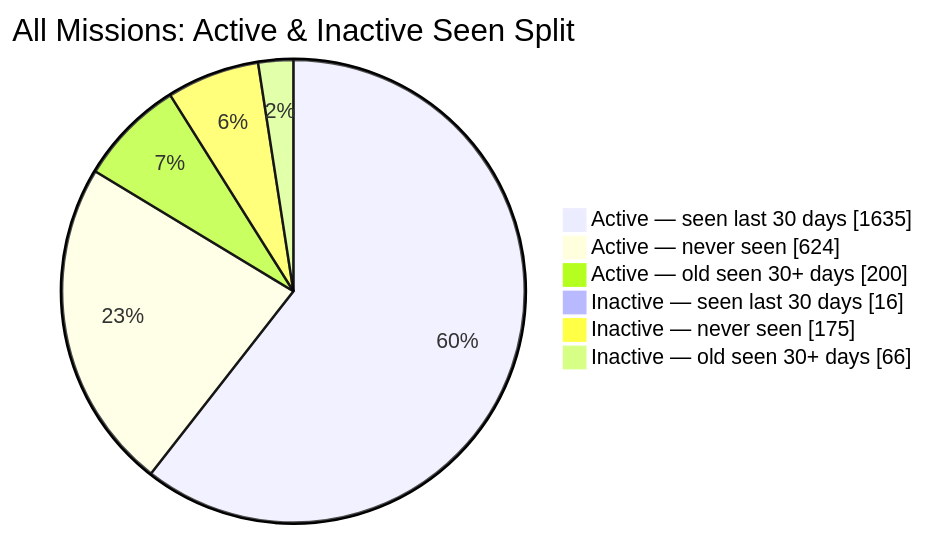
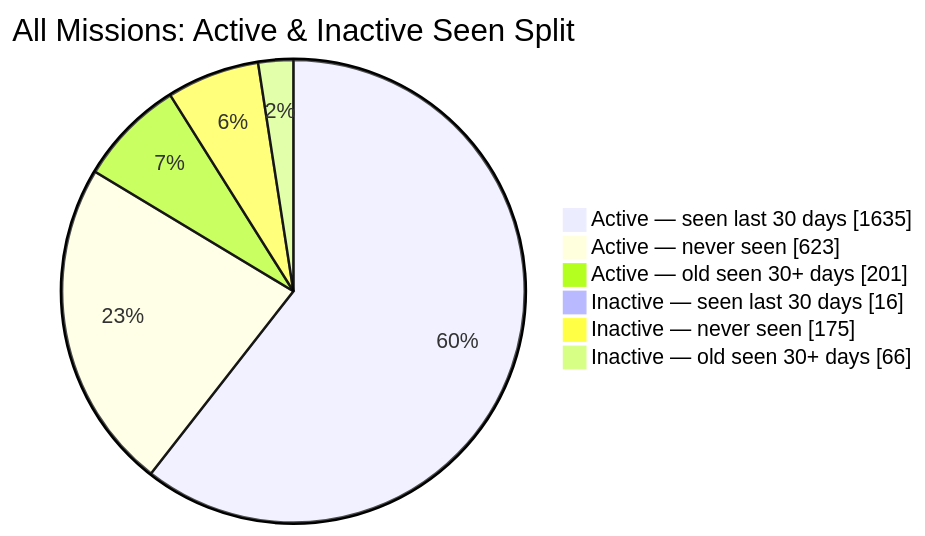
One commit to MeldkamerspelGameTeam/active-missions changed the second of 2 diagrams in README.md. Above: the diagram before and after it, drawn with Mermaid. The commit also changed other lines of this file and 4 other files, not shown here.

````diff
--- a/README.md
+++ b/README.md
@@ -44,10 +44,10 @@
 ```mermaid
 pie showData
     title All Missions: Active & Inactive Seen Split
     "Active — seen last 30 days" : 1635
-    "Active — never seen" : 624
-    "Active — old seen 30+ days" : 200
+    "Active — never seen" : 623
+    "Active — old seen 30+ days" : 201
     "Inactive — seen last 30 days" : 16
     "Inactive — never seen" : 175
     "Inactive — old seen 30+ days" : 66
 ```
````
